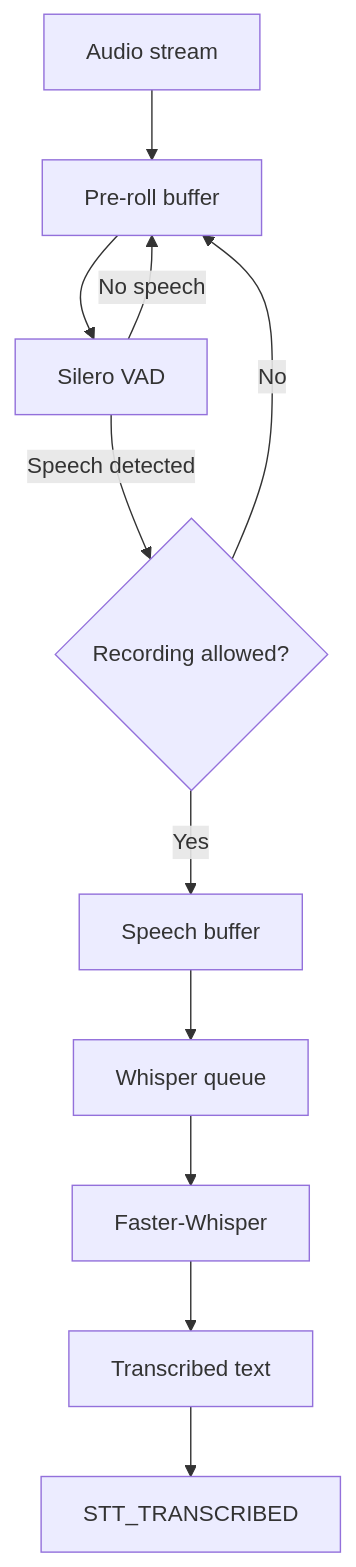
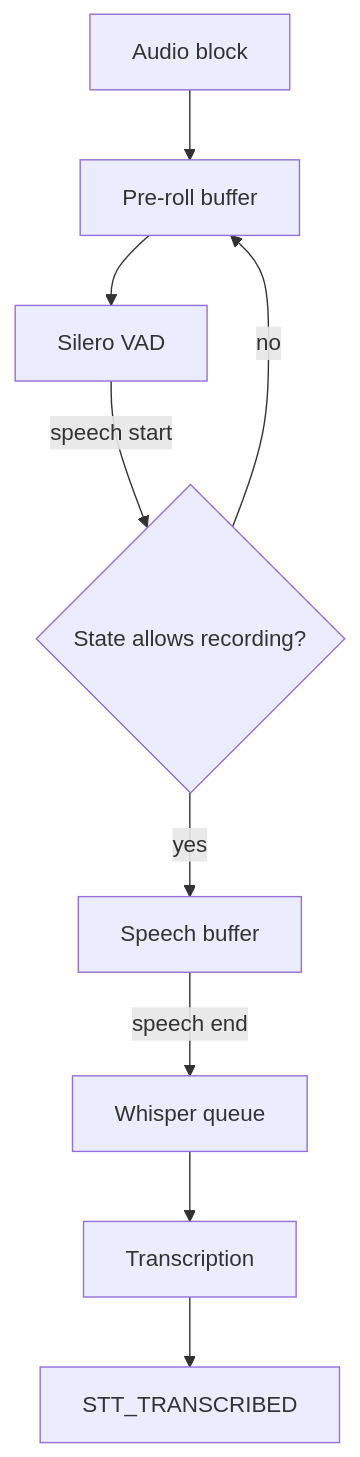
One commit to Minkx1/Atlas changed the fourth of 6 diagrams in docs/architecture.md. Above: the diagram before and after it, drawn with Mermaid. The commit also changed other lines of this file and 6 other files, not shown here.

````diff
--- a/docs/architecture.md
+++ b/docs/architecture.md
@@ -536,16 +111,11 @@
 ```mermaid
 flowchart TD
-    AUDIO["Audio stream"] --> PRE["Pre-roll buffer"]
-    PRE --> VAD["Silero VAD"]
-
-    VAD -->|No speech| PRE
-    VAD -->|Speech detected| PERM{"Recording allowed?"}
-
-    PERM -->|No| PRE
-    PERM -->|Yes| BUFFER["Speech buffer"]
-
-    BUFFER --> QUEUE["Whisper queue"]
-    QUEUE --> WHISPER["Faster-Whisper"]
-    WHISPER --> TEXT["Transcribed text"]
-    TEXT --> EVENT["STT_TRANSCRIBED"]
+    A[Audio block] --> B[Pre-roll buffer]
+    B --> C[Silero VAD]
+    C -->|speech start| D{State allows recording?}
+    D -->|no| B
+    D -->|yes| E[Speech buffer]
+    E -->|speech end| F[Whisper queue]
+    F --> G[Transcription]
+    G --> H[STT_TRANSCRIBED]
 ```
````
